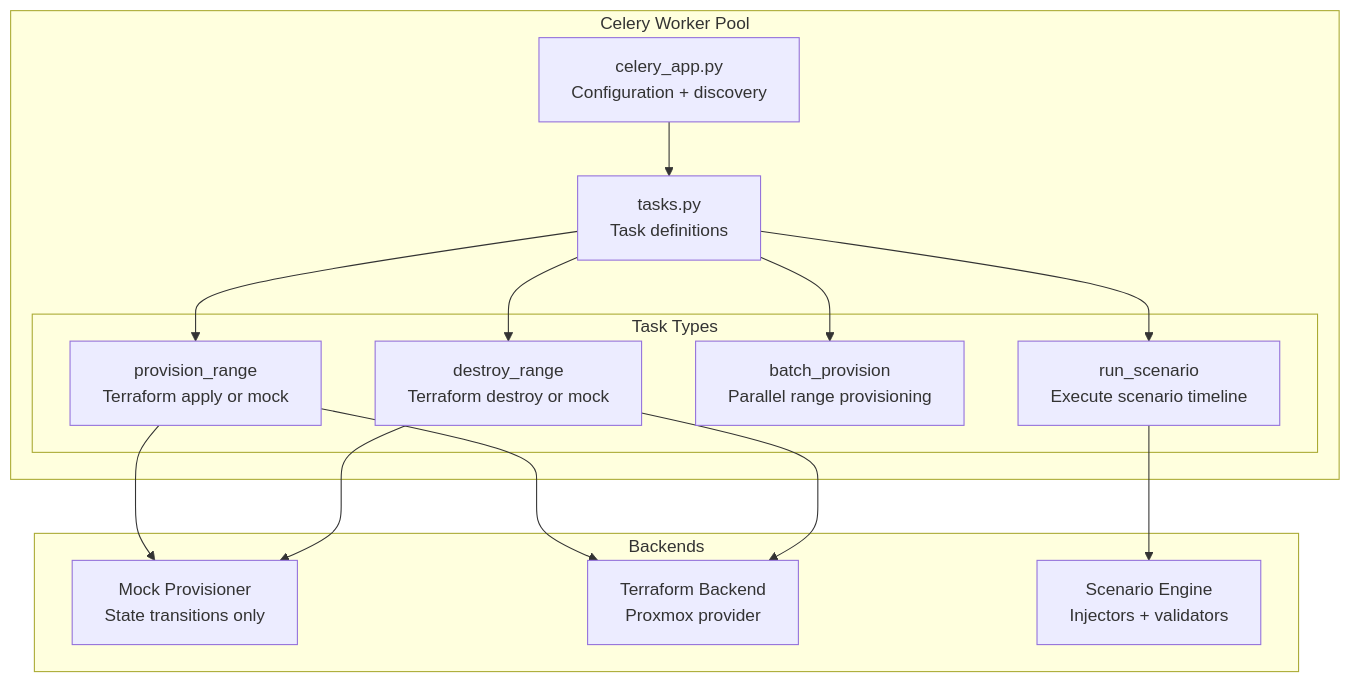
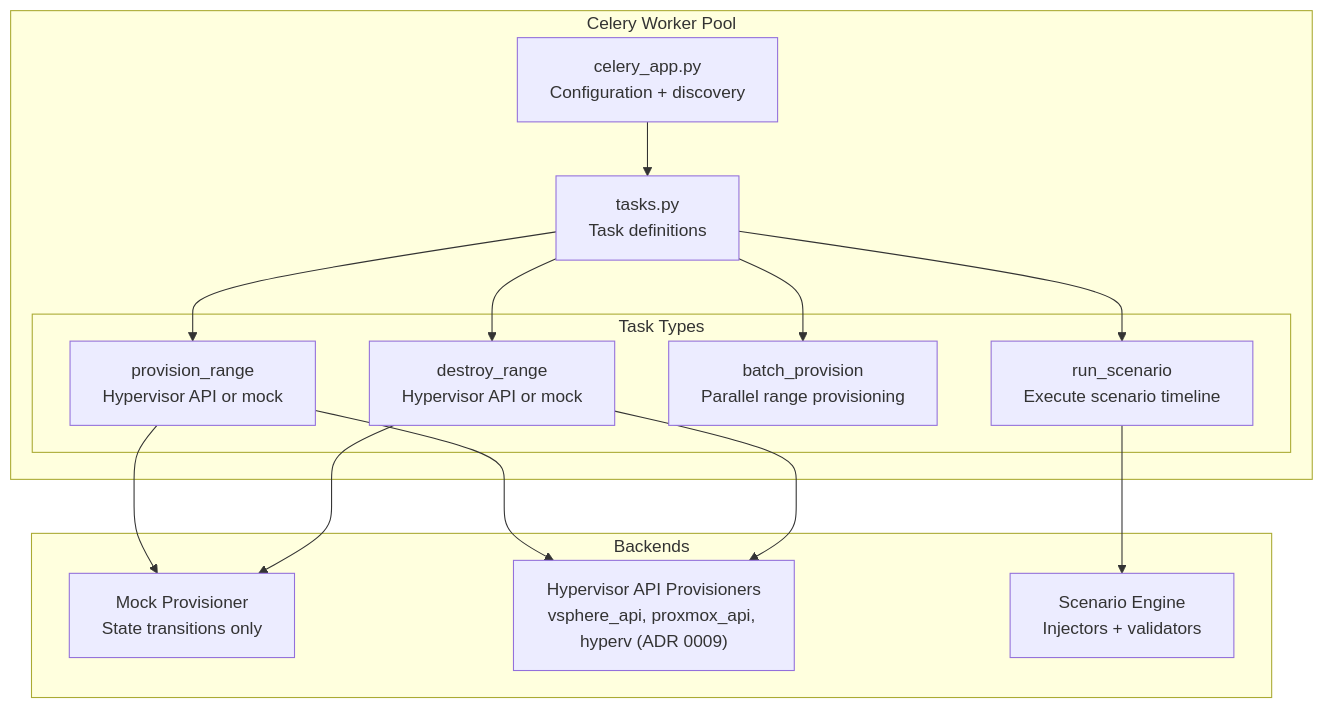
The fourth of 15 diagrams in docs/architecture.md (mblanke/TrueNorth), drawn with Mermaid before and after one commit. The commit also changed other lines of this file, not shown here.

Commit message:
uncommitted at end of run w-dc-architecture-r1 (collected by tn-run.sh)

````diff
--- a/docs/architecture.md
+++ b/docs/architecture.md
@@ -163,31 +161,31 @@
 ```mermaid
 graph TB
     subgraph "Celery Worker Pool"
         APP["celery_app.py<br/>Configuration + discovery"]
         TASKS["tasks.py<br/>Task definitions"]
         
         subgraph "Task Types"
-            PROV["provision_range<br/>Terraform apply or mock"]
-            DEST["destroy_range<br/>Terraform destroy or mock"]
+            PROV["provision_range<br/>Hypervisor API or mock"]
+            DEST["destroy_range<br/>Hypervisor API or mock"]
             BATCH["batch_provision<br/>Parallel range provisioning"]
             SCEN["run_scenario<br/>Execute scenario timeline"]
         end
     end
 
     subgraph "Backends"
         MOCK["Mock Provisioner<br/>State transitions only"]
-        TF["Terraform Backend<br/>Proxmox provider"]
+        TF["Hypervisor API Provisioners<br/>vsphere_api, proxmox_api, hyperv (ADR 0009)"]
         SE["Scenario Engine<br/>Injectors + validators"]
     end
 
     APP --> TASKS
     TASKS --> PROV
     TASKS --> DEST
     TASKS --> BATCH
     TASKS --> SCEN
     PROV --> MOCK
     PROV --> TF
     DEST --> MOCK
     DEST --> TF
     SCEN --> SE
 ```
````
